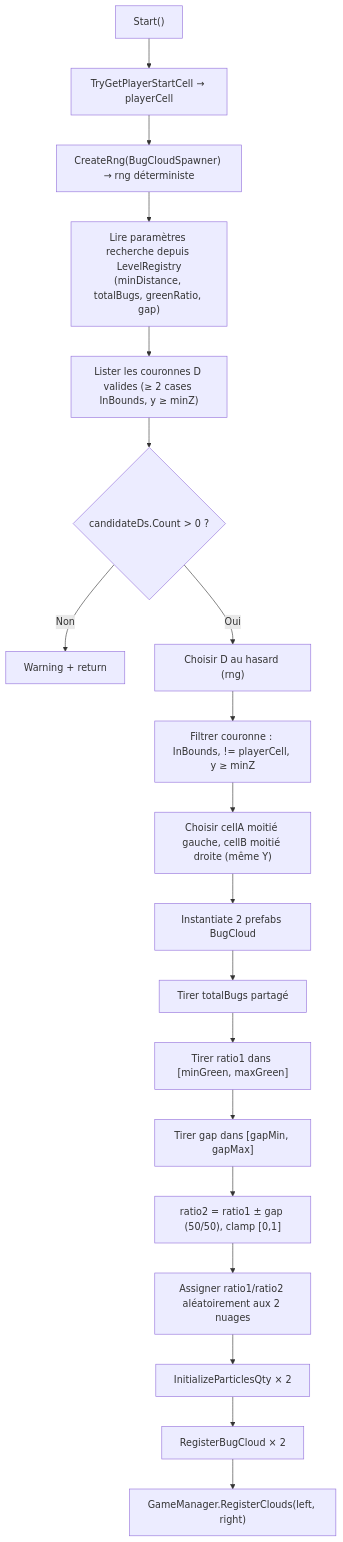
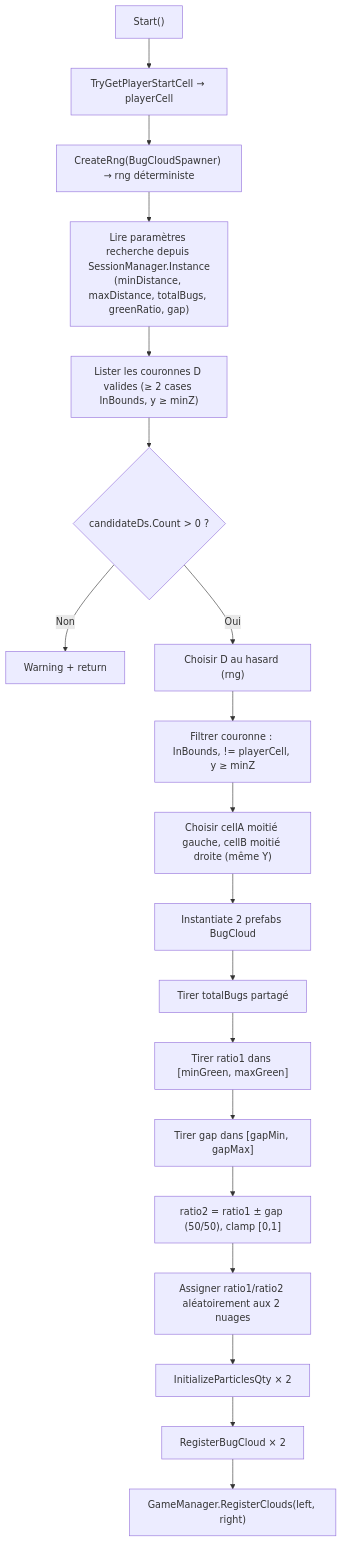
One commit to PierreChagnon/BUGS changed the first of 13 diagrams in Docs/TDD.md. Above: the diagram before and after it, drawn with Mermaid. The commit also changed other lines of this file, not shown here.

Commit message:
TDD update : new SessionManager pipeline (research parameters)

````diff
--- a/Docs/TDD.md
+++ b/Docs/TDD.md
@@ -149,21 +150,21 @@
 ```mermaid
 graph TD
     A["Start()"] --> B["TryGetPlayerStartCell → playerCell"]
     B --> C["CreateRng(BugCloudSpawner) → rng déterministe"]
-    C --> C2["Lire paramètres recherche depuis LevelRegistry<br/>(minDistance, totalBugs, greenRatio, gap)"]
+    C --> C2["Lire paramètres recherche depuis SessionManager.Instance<br/>(minDistance, maxDistance, totalBugs, greenRatio, gap)"]
     C2 --> D["Lister les couronnes D valides (≥ 2 cases InBounds, y ≥ minZ)"]
     D --> E{candidateDs.Count > 0 ?}
     E -->|Non| F[Warning + return]
     E -->|Oui| G["Choisir D au hasard (rng)"]
     G --> H["Filtrer couronne : InBounds, != playerCell, y ≥ minZ"]
     H --> I["Choisir cellA moitié gauche, cellB moitié droite (même Y)"]
     I --> J["Instantiate 2 prefabs BugCloud"]
     J --> K["Tirer totalBugs partagé"]
     K --> L["Tirer ratio1 dans [minGreen, maxGreen]"]
     L --> M["Tirer gap dans [gapMin, gapMax]"]
     M --> N["ratio2 = ratio1 ± gap (50/50), clamp [0,1]"]
     N --> O["Assigner ratio1/ratio2 aléatoirement aux 2 nuages"]
     O --> P["InitializeParticlesQty × 2"]
     P --> Q["RegisterBugCloud × 2"]
     Q --> R["GameManager.RegisterClouds(left, right)"]
 ```
````
